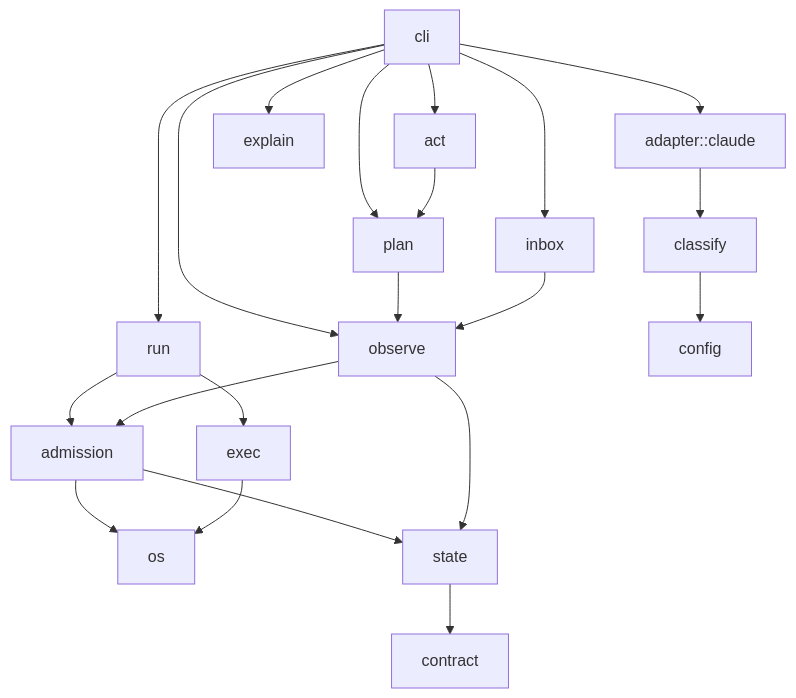
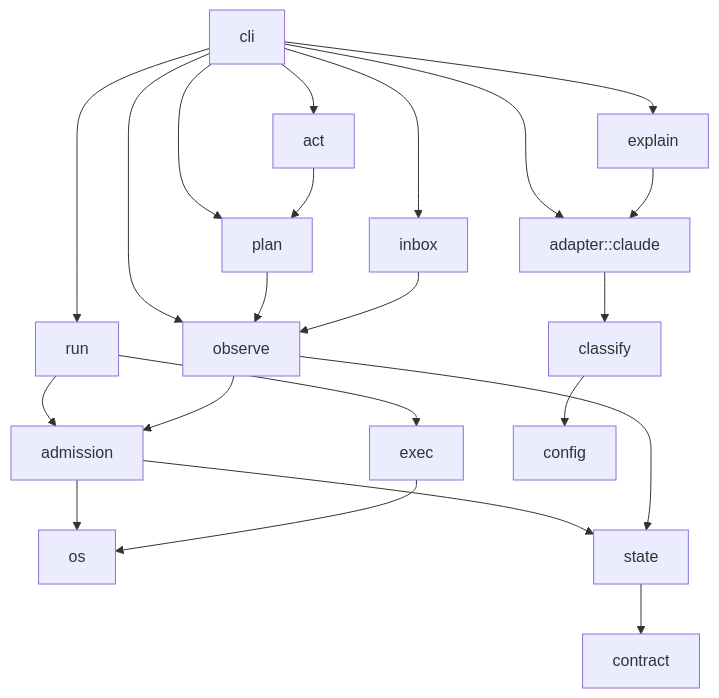
The first of 2 diagrams in docs/architecture.md (shuymn/cardinal), drawn with Mermaid before and after one commit. The commit also changed other lines of this file and 8 other files, not shown here.

````diff
--- a/docs/architecture.md
+++ b/docs/architecture.md
@@ -82,23 +82,24 @@
 ```mermaid
 flowchart TD
   cli --> adapter_claude[adapter::claude]
   cli --> run
   cli --> plan
   cli --> act
   cli --> inbox
   cli --> explain
   cli --> observe
+  explain --> adapter_claude
   adapter_claude --> classify
   run --> admission
   run --> exec
   act --> plan
   plan --> observe
   inbox --> observe
   observe --> admission
   admission --> os
   exec --> os
   admission --> state
   observe --> state
   classify --> config
   state --> contract
 ```
````
